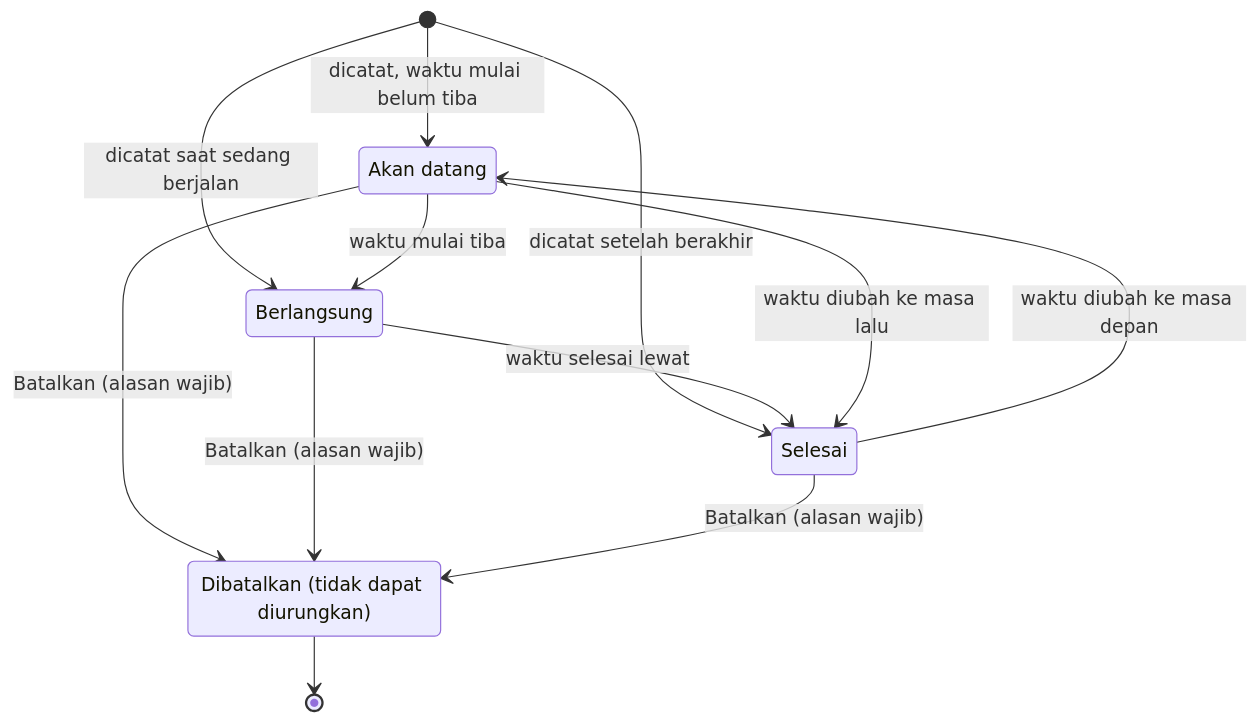
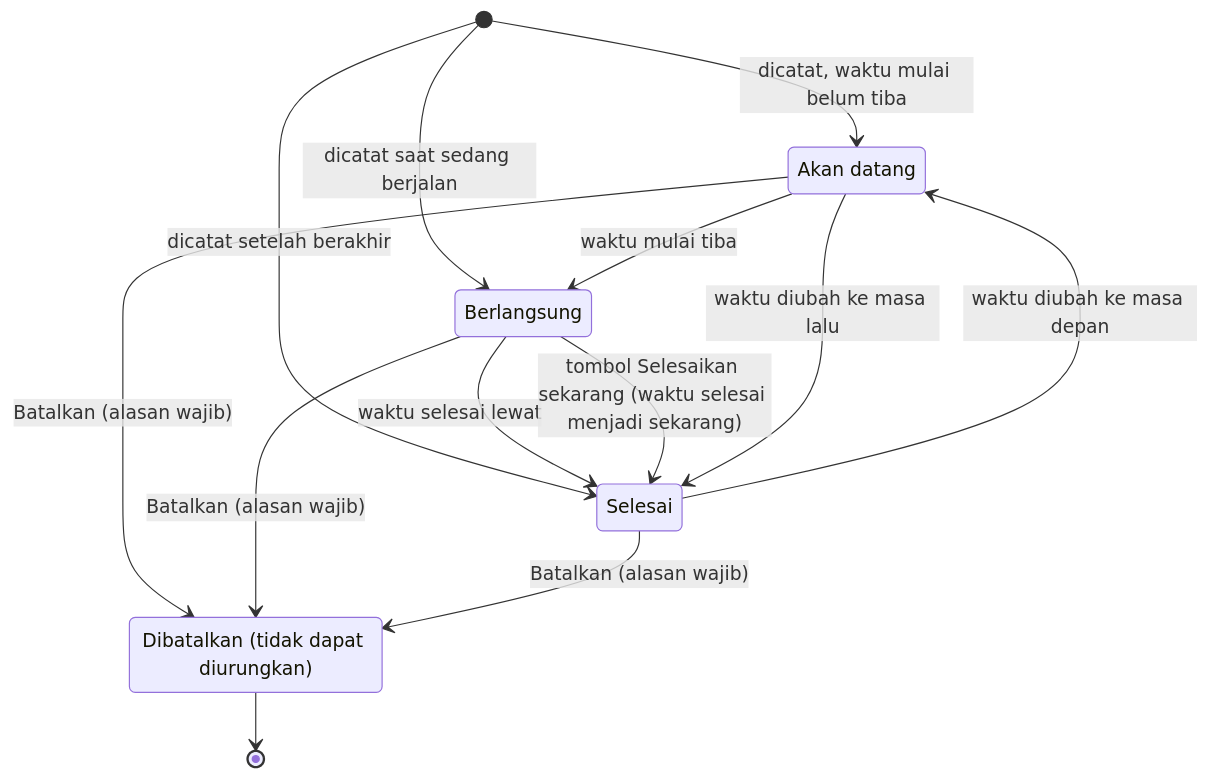
Before and after one commit to AhmadsTechDev/kegiatan-kominfo: the first of 4 diagrams in docs/uml/06-state.md, drawn with Mermaid. The commit also changed 14 other files, not shown here.

First line of the commit message:
Tambah tombol Selesaikan sekarang untuk kegiatan yang sedang berlangsung

````diff
--- a/docs/uml/06-state.md
+++ b/docs/uml/06-state.md
@@ -7,21 +7,22 @@
 ```mermaid
 stateDiagram-v2
     [*] --> AkanDatang : dicatat, waktu mulai belum tiba
     [*] --> Berlangsung : dicatat saat sedang berjalan
     [*] --> Selesai : dicatat setelah berakhir
 
     AkanDatang --> Berlangsung : waktu mulai tiba
     Berlangsung --> Selesai : waktu selesai lewat
+    Berlangsung --> Selesai : tombol Selesaikan sekarang (waktu selesai menjadi sekarang)
     AkanDatang --> Selesai : waktu diubah ke masa lalu
     Selesai --> AkanDatang : waktu diubah ke masa depan
 
     AkanDatang --> Dibatalkan : Batalkan (alasan wajib)
     Berlangsung --> Dibatalkan : Batalkan (alasan wajib)
     Selesai --> Dibatalkan : Batalkan (alasan wajib)
     Dibatalkan --> [*]
 
     AkanDatang : Akan datang
     Berlangsung : Berlangsung
     Selesai : Selesai
     Dibatalkan : Dibatalkan (tidak dapat diurungkan)
 ```
````
